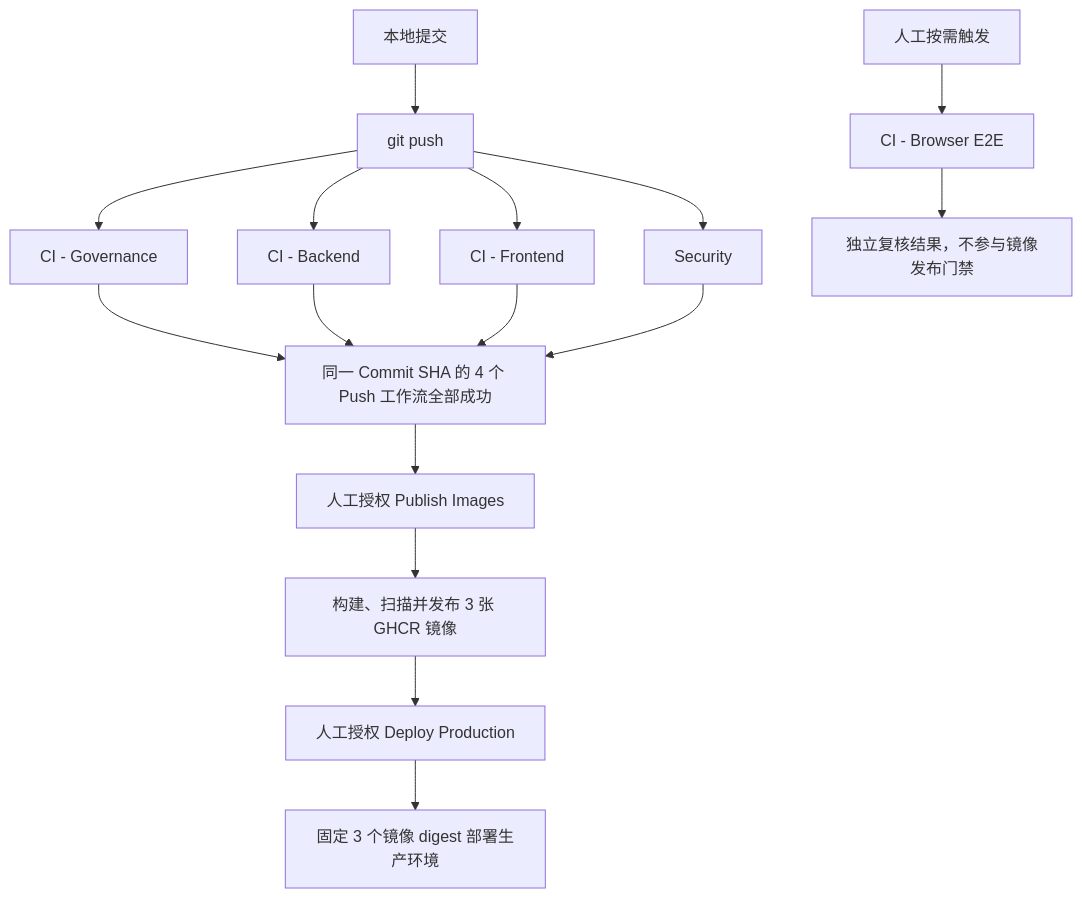
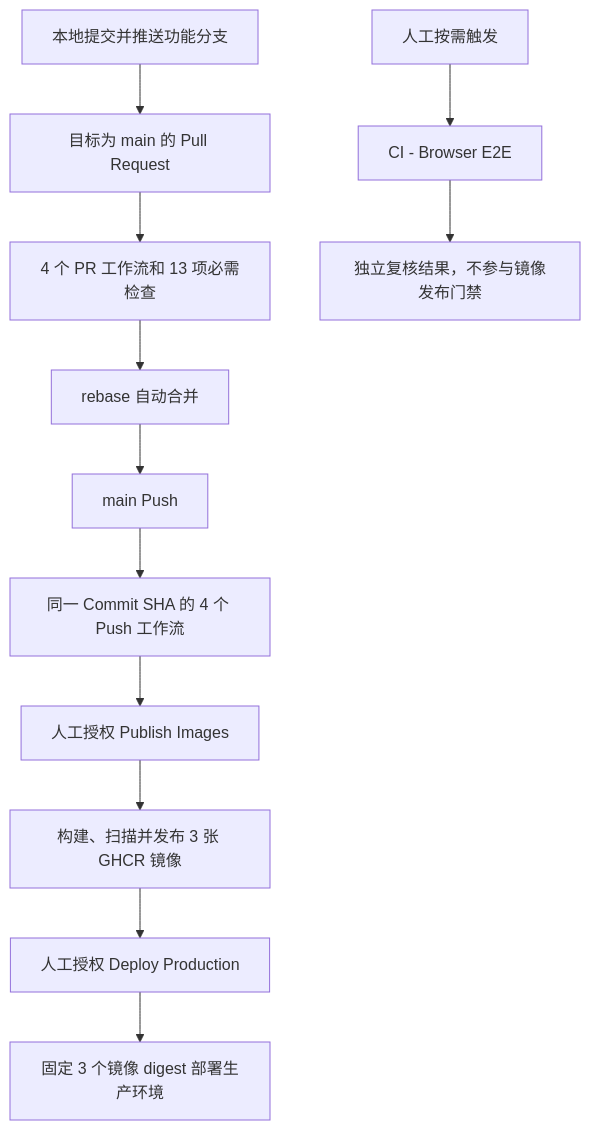
One commit to jinmozhe/pinjie-fullstack-base changed the diagram in docs/operations/github-actions-workflows.md. Above: the diagram before and after it, drawn with Mermaid. The commit also changed other lines of this file and 9 other files, not shown here.

````diff
--- a/docs/operations/github-actions-workflows.md
+++ b/docs/operations/github-actions-workflows.md
@@ -23,18 +23,14 @@
 ```mermaid
 flowchart TD
-    A["本地提交"] --> B["git push"]
-    B --> C["CI - Governance"]
-    B --> D["CI - Backend"]
-    B --> E["CI - Frontend"]
-    B --> G["Security"]
-    C --> H["同一 Commit SHA 的 4 个 Push 工作流全部成功"]
-    D --> H
-    E --> H
-    G --> H
-    H --> I["人工授权 Publish Images"]
-    I --> J["构建、扫描并发布 3 张 GHCR 镜像"]
-    J --> K["人工授权 Deploy Production"]
+    A["本地提交并推送功能分支"] --> B["目标为 main 的 Pull Request"]
+    B --> C["4 个 PR 工作流和 13 项必需检查"]
+    C --> D["rebase 自动合并"]
+    D --> E["main Push"]
+    E --> G["同一 Commit SHA 的 4 个 Push 工作流"]
+    G --> H["人工授权 Publish Images"]
+    H --> I["构建、扫描并发布 3 张 GHCR 镜像"]
+    I --> K["人工授权 Deploy Production"]
     K --> L["固定 3 个镜像 digest 部署生产环境"]
     M["人工按需触发"] --> F["CI - Browser E2E"]
     F --> N["独立复核结果，不参与镜像发布门禁"]
 ```
````
